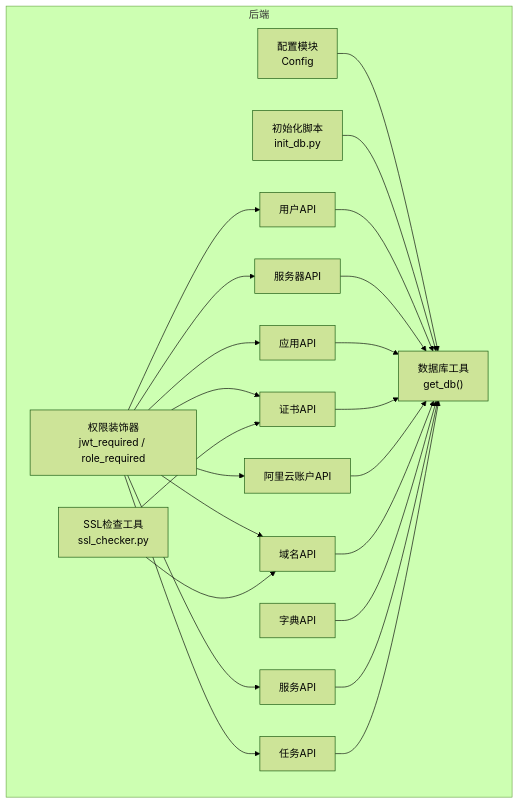
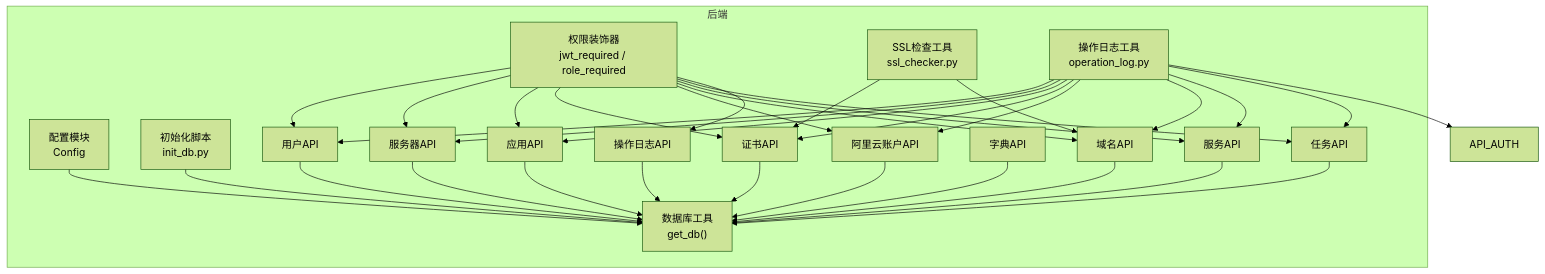
One commit to ismine3/OPS changed the first of 6 diagrams in .qoder/repowiki/zh/content/数据库设计.md. Above: the diagram before and after it, drawn with Mermaid (forest theme). The commit also changed other lines of this file and 39 other files, not shown here.

````diff
--- a/.qoder/repowiki/zh/content/数据库设计.md
+++ b/.qoder/repowiki/zh/content/数据库设计.md
@@ -44,40 +48,53 @@
 ```mermaid
 graph TB
 subgraph "后端"
 CFG["配置模块<br/>Config"]
 DBU["数据库工具<br/>get_db()"]
 INIT["初始化脚本<br/>init_db.py"]
 API_USERS["用户API"]
 API_SERVERS["服务器API"]
 API_APPS["应用API"]
 API_CERTS["证书API"]
 API_ALIYUN_ACCOUNTS["阿里云账户API"]
 API_DOMAINS["域名API"]
 API_DICTS["字典API"]
 API_SERVICES["服务API"]
 API_TASKS["任务API"]
+API_OPERATION_LOGS["操作日志API"]
 DECOR["权限装饰器<br/>jwt_required / role_required"]
 SSLUTIL["SSL检查工具<br/>ssl_checker.py"]
+OPLOGUTIL["操作日志工具<br/>operation_log.py"]
 end
 CFG --> DBU
 INIT --> DBU
 API_USERS --> DBU
 API_SERVERS --> DBU
 API_APPS --> DBU
 API_CERTS --> DBU
 API_ALIYUN_ACCOUNTS --> DBU
 API_DOMAINS --> DBU
 API_DICTS --> DBU
 API_SERVICES --> DBU
 API_TASKS --> DBU
+API_OPERATION_LOGS --> DBU
 DECOR --> API_USERS
 DECOR --> API_SERVERS
 DECOR --> API_APPS
 DECOR --> API_CERTS
 DECOR --> API_ALIYUN_ACCOUNTS
 DECOR --> API_DOMAINS
 DECOR --> API_SERVICES
 DECOR --> API_TASKS
+DECOR --> API_OPERATION_LOGS
 SSLUTIL --> API_CERTS
 SSLUTIL --> API_DOMAINS
+OPLOGUTIL --> API_USERS
+OPLOGUTIL --> API_SERVERS
+OPLOGUTIL --> API_APPS
+OPLOGUTIL --> API_CERTS
+OPLOGUTIL --> API_ALIYUN_ACCOUNTS
+OPLOGUTIL --> API_DOMAINS
+OPLOGUTIL --> API_SERVICES
+OPLOGUTIL --> API_TASKS
+OPLOGUTIL --> API_AUTH
 ```
````
